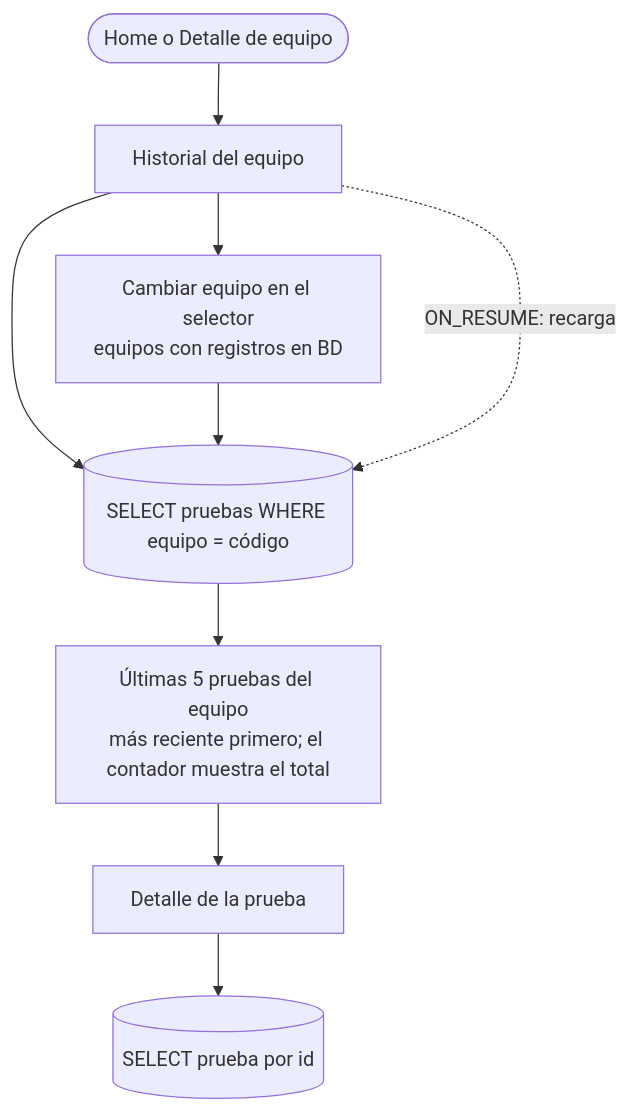
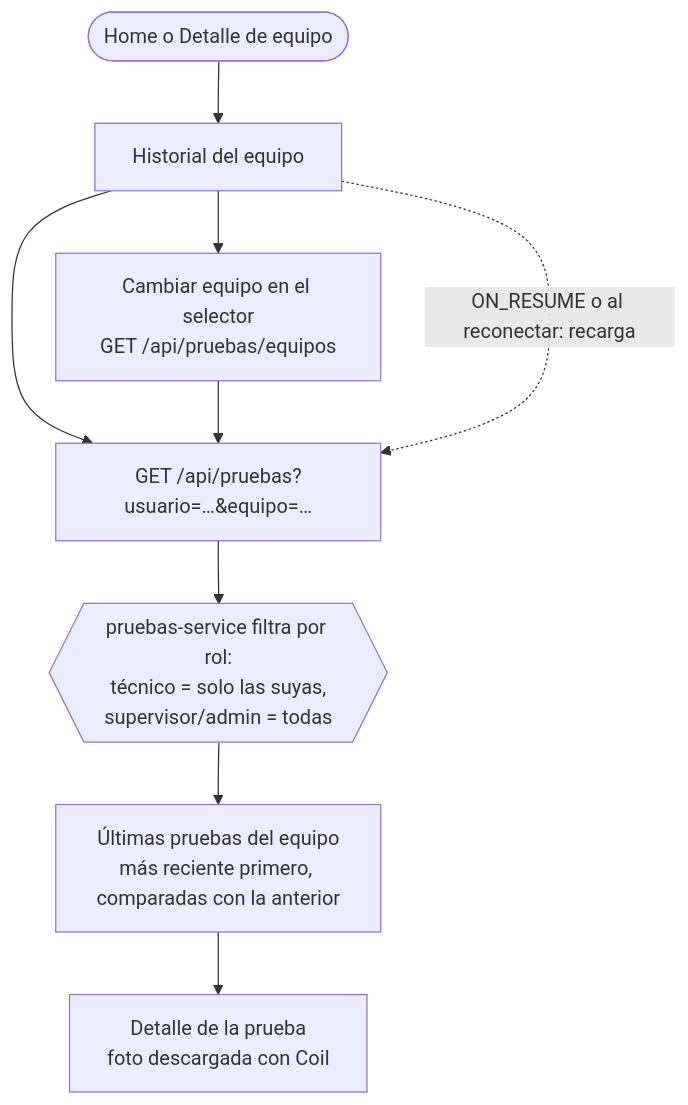
Before and after one commit to Simon2853/Electra: the fifth of 8 diagrams in PROCESO.md, drawn with Mermaid. The commit also changed other lines of this file and 2 other files, not shown here.

Commit message:
feat: actualizar la documentación de la app a los microservicios, Retrofit, Open-Meteo, Splash y pruebas unitarias

````diff
--- a/PROCESO.md
+++ b/PROCESO.md
@@ -93,11 +105,11 @@
 ```mermaid
 flowchart TD
     O([Home o Detalle de equipo]) --> HI[Historial del equipo]
-    HI --> Q[(SELECT pruebas WHERE equipo = código)]
-    Q --> LS[Últimas 5 pruebas del equipo<br/>más reciente primero; el contador muestra el total]
-    HI --> CE[Cambiar equipo en el selector<br/>equipos con registros en BD]
+    HI --> Q[GET /api/pruebas?usuario=…&equipo=…]
+    Q --> SRV{{"pruebas-service filtra por rol:<br/>técnico = solo las suyas,<br/>supervisor/admin = todas"}}
+    SRV --> LS[Últimas pruebas del equipo<br/>más reciente primero, comparadas con la anterior]
+    HI --> CE[Cambiar equipo en el selector<br/>GET /api/pruebas/equipos]
     CE --> Q
-    LS --> DP[Detalle de la prueba]
-    DP --> Q2[(SELECT prueba por id)]
-    HI -. "ON_RESUME: recarga" .-> Q
+    LS --> DP[Detalle de la prueba<br/>foto descargada con Coil]
+    HI -. "ON_RESUME o al reconectar: recarga" .-> Q
 ```
````
